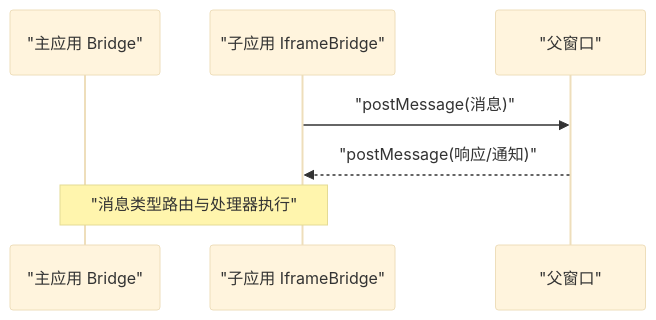
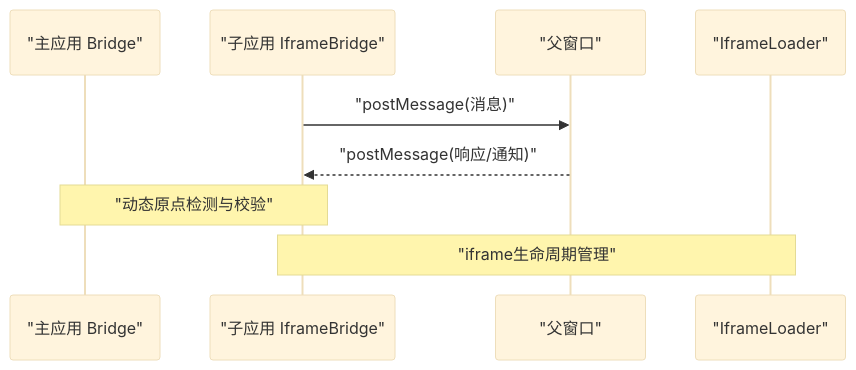
Before and after one commit to my-Sitara/artisan-base-frontend: the second of 5 diagrams in .qoder/repowiki/zh/content/核心组件/跨应用通信系统.md, drawn with Mermaid (base theme). The commit also changed other lines of this file and 35 other files, not shown here.

````diff
--- a/.qoder/repowiki/zh/content/核心组件/跨应用通信系统.md
+++ b/.qoder/repowiki/zh/content/核心组件/跨应用通信系统.md
@@ -75,9 +91,11 @@
 ```mermaid
 sequenceDiagram
 participant Main as "主应用 Bridge"
 participant Child as "子应用 IframeBridge"
 participant Parent as "父窗口"
+participant Loader as "IframeLoader"
 Child->>Parent : "postMessage(消息)"
 Parent-->>Child : "postMessage(响应/通知)"
-Note over Main,Child : "消息类型路由与处理器执行"
+Note over Main,Child : "动态原点检测与校验"
+Note over Loader,Child : "iframe生命周期管理"
 ```
````
